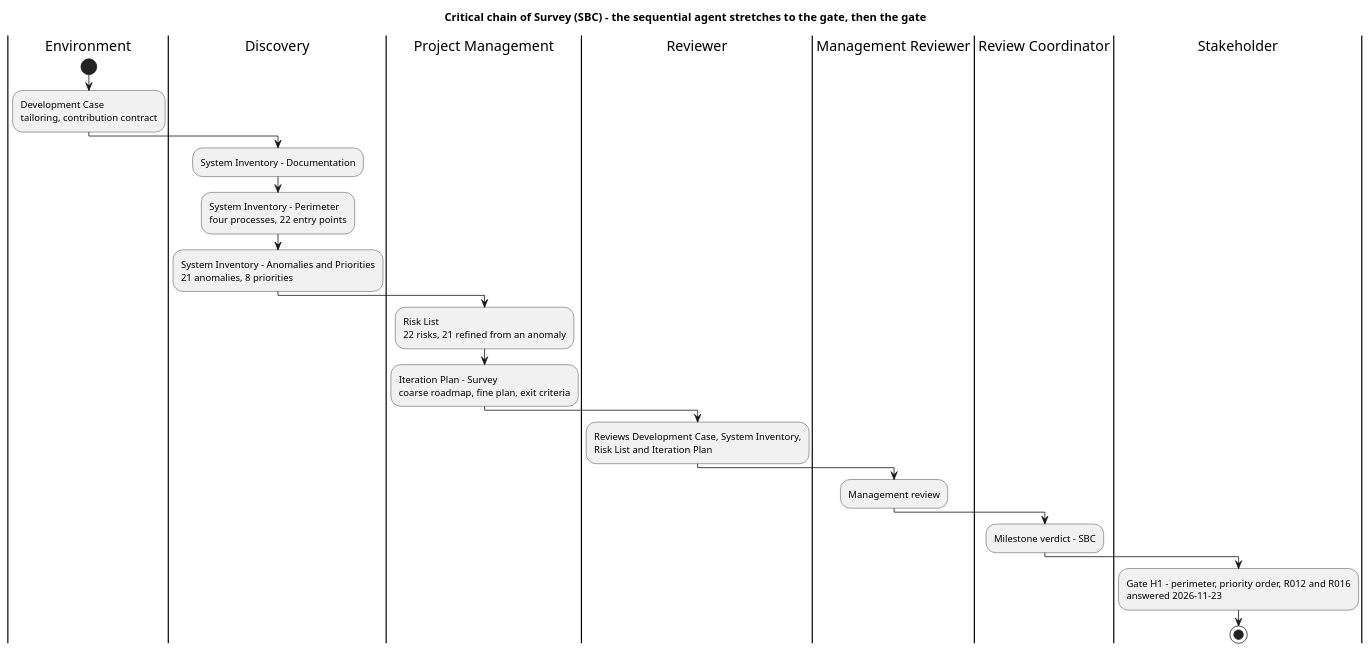
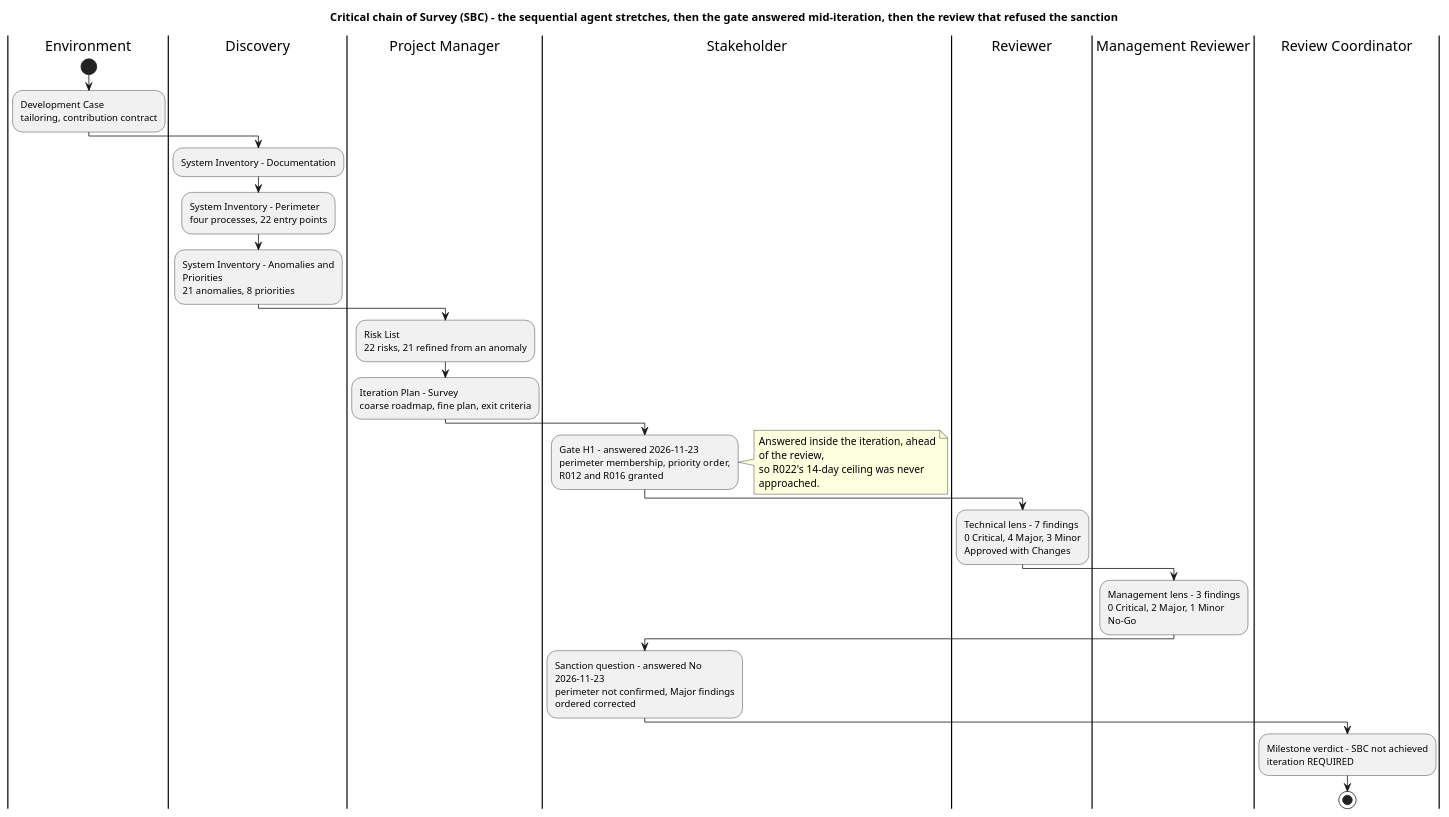
The second of 2 diagrams in docs/artifacts/project-management/iteration-plan.md (banense-test/TodoApp), drawn with PlantUML before and after one commit. The commit also changed other lines of this file, not shown here.

Commit message:
Project Manager [Survey1]: upsert Iteration Plan
[skip ci]

````diff
--- a/docs/artifacts/project-management/iteration-plan.md
+++ b/docs/artifacts/project-management/iteration-plan.md
@@ -81,40 +81,55 @@
 ```plantuml
 @startuml
-title Critical chain of Survey (SBC) - the sequential agent stretches to the gate, then the gate
+title Critical chain of Survey (SBC) - the sequential agent stretches, then the gate answered mid-iteration, then the review that refused the sanction
 
 skinparam shadowing false
+skinparam wrapWidth 230
 
 |Environment|
 start
 :Development Case
 tailoring, contribution contract;
 
 |Discovery|
 :System Inventory - Documentation;
 :System Inventory - Perimeter
 four processes, 22 entry points;
 :System Inventory - Anomalies and Priorities
 21 anomalies, 8 priorities;
 
-|Project Management|
+|Project Manager|
 :Risk List
 22 risks, 21 refined from an anomaly;
 :Iteration Plan - Survey
 coarse roadmap, fine plan, exit criteria;
 
+|Stakeholder|
+:Gate H1 - answered 2026-11-23
+perimeter membership, priority order,
+R012 and R016 granted;
+note right
+  Answered inside the iteration, ahead of the review,
+  so R022's 14-day ceiling was never approached.
+end note
+
 |Reviewer|
-:Reviews Development Case, System Inventory,
-Risk List and Iteration Plan;
+:Technical lens - 7 findings
+0 Critical, 4 Major, 3 Minor
+Approved with Changes;
 
 |Management Reviewer|
-:Management review;
+:Management lens - 3 findings
+0 Critical, 2 Major, 1 Minor
+No-Go;
+
+|Stakeholder|
+:Sanction question - answered No 2026-11-23
+perimeter not confirmed, Major findings
+ordered corrected;
 
 |Review Coordinator|
-:Milestone verdict - SBC;
-
-|Stakeholder|
-:Gate H1 - perimeter, priority order, R012 and R016
-answered 2026-11-23;
+:Milestone verdict - SBC not achieved
+iteration REQUIRED;
 stop
 @enduml
 ```
````
